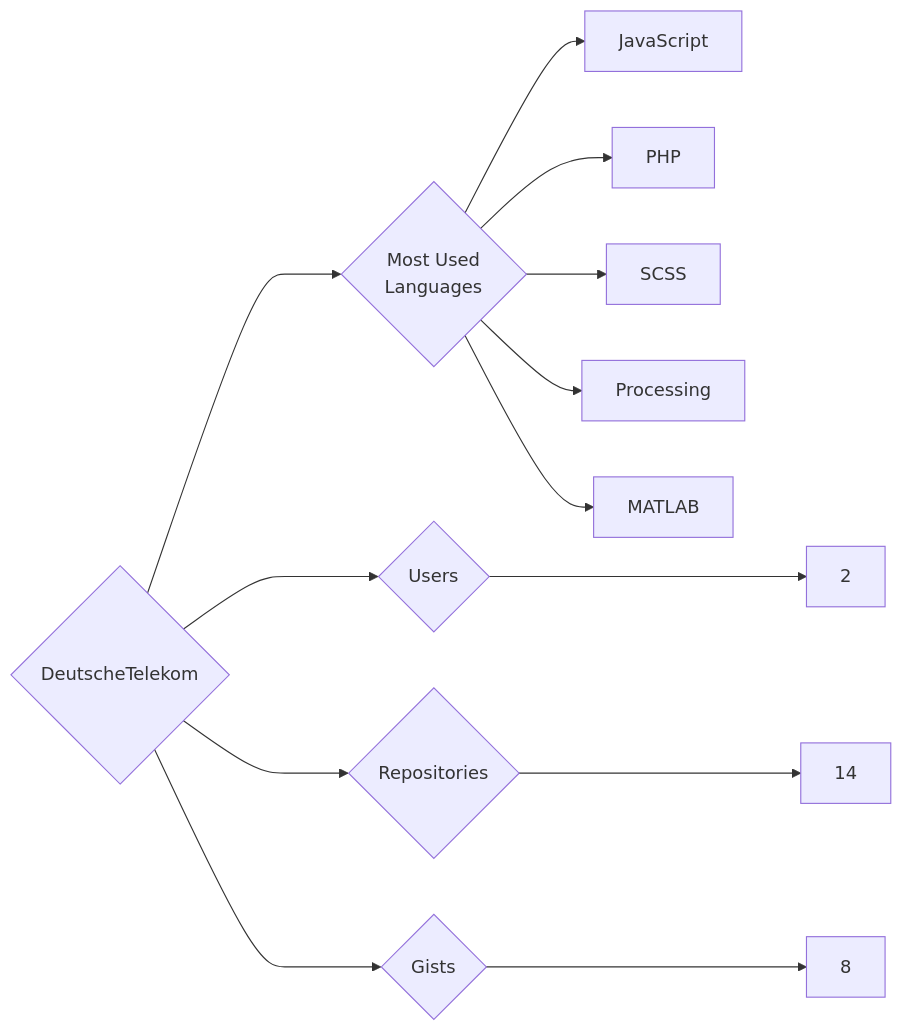
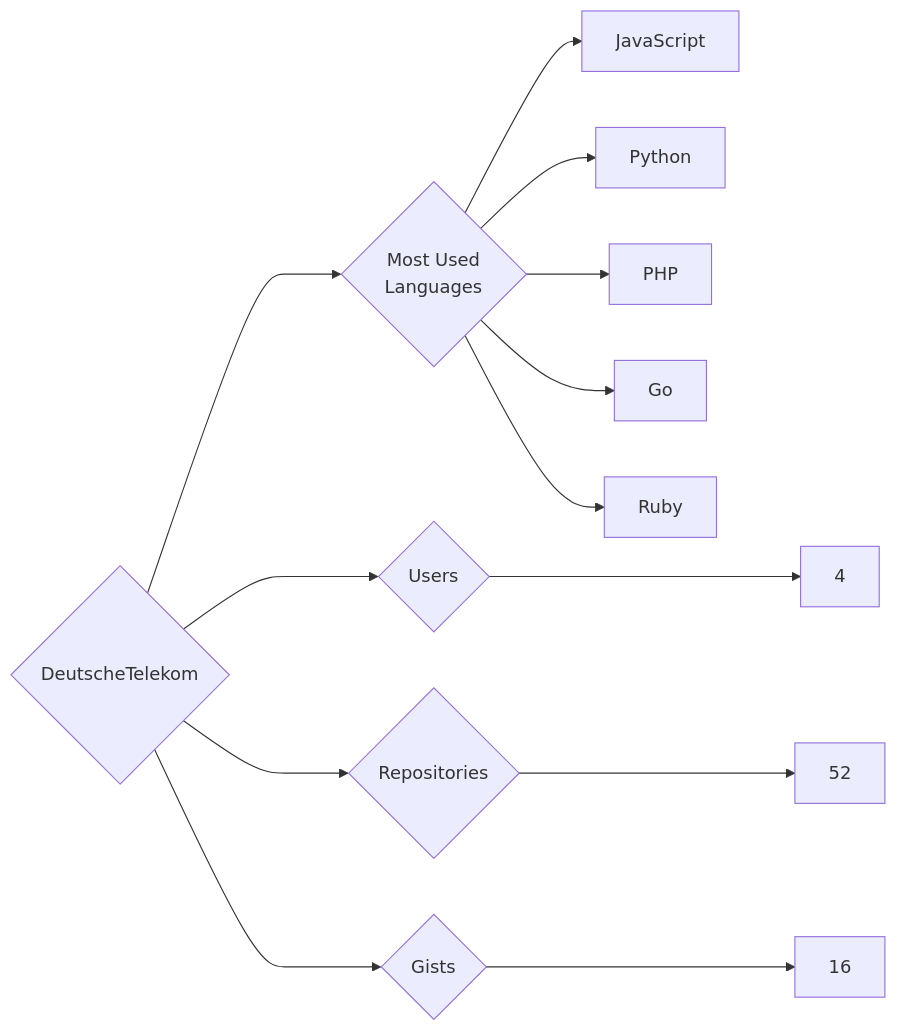
The diagram in targets/DeutscheTelekom/README.md (trickest/insiders), drawn with Mermaid before and after one commit. The commit also changed 865 other files, not shown here.

````diff
--- a/targets/DeutscheTelekom/README.md
+++ b/targets/DeutscheTelekom/README.md
@@ -3,13 +3,13 @@
 ```mermaid
 graph LR
 COMPANY_NAME{DeutscheTelekom}
-COMPANY_NAME ---> U{Users} ---> UN[2]
-COMPANY_NAME ---> R{Repositories} ---> RN[14]
-COMPANY_NAME ---> G{Gists} ---> GN[8]
+COMPANY_NAME ---> U{Users} ---> UN[4]
+COMPANY_NAME ---> R{Repositories} ---> RN[52]
+COMPANY_NAME ---> G{Gists} ---> GN[16]
 COMPANY_NAME ---> ML{Most Used<br>Languages}
 ML --> JavaScript[JavaScript]
+ML --> Python[Python]
 ML --> PHP[PHP]
-ML --> SCSS[SCSS]
-ML --> Processing[Processing]
-ML --> MATLAB[MATLAB]
+ML --> Go[Go]
+ML --> Ruby[Ruby]
 ```
````
